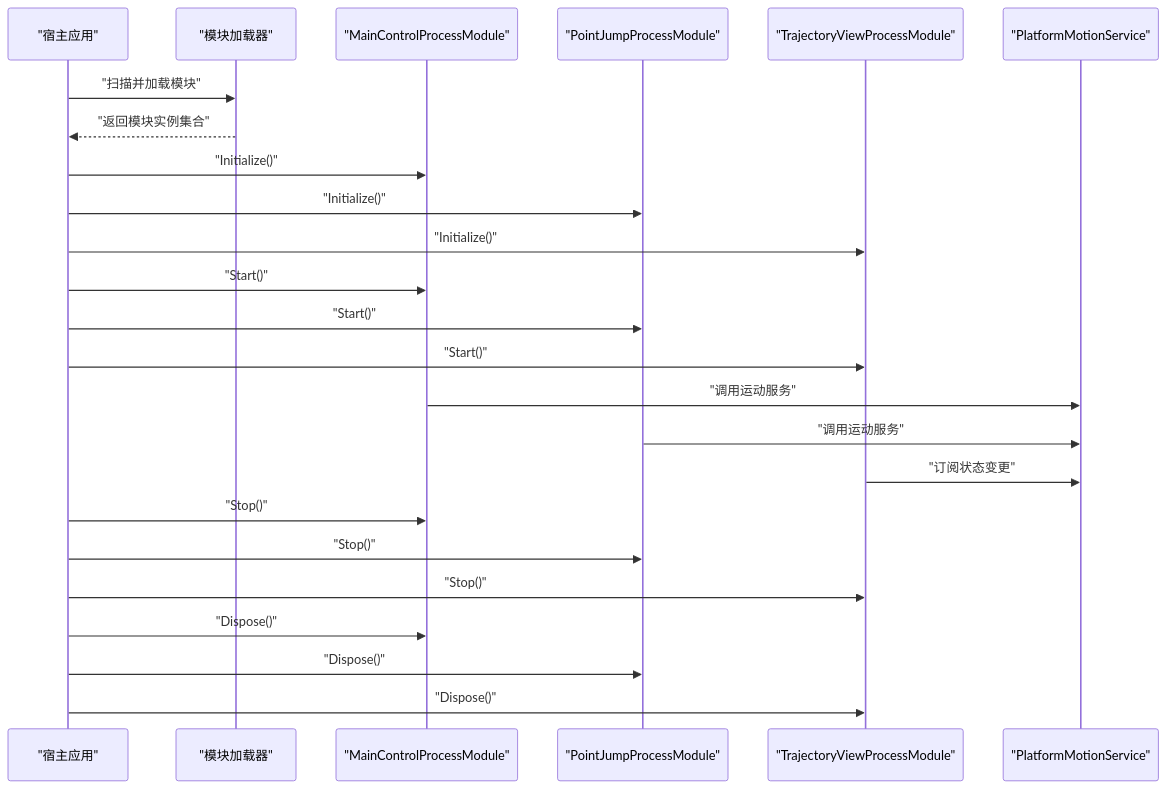
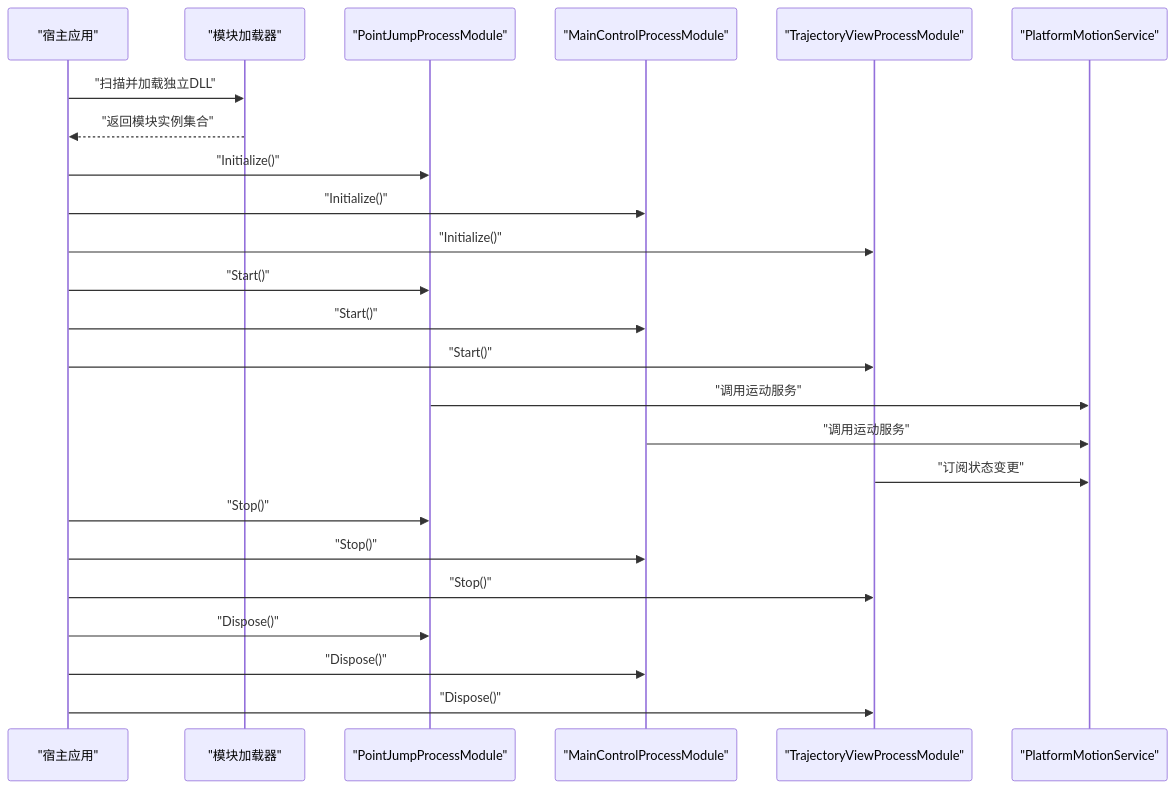
One commit to fuweiq94-cloud/339918076 changed the second of 8 diagrams in .qoder/repowiki/zh/content/架构设计/模块化架构设计.md. Above: the diagram before and after it, drawn with Mermaid. The commit also changed other lines of this file and 203 other files, not shown here.

````diff
--- a/.qoder/repowiki/zh/content/架构设计/模块化架构设计.md
+++ b/.qoder/repowiki/zh/content/架构设计/模块化架构设计.md
@@ -118,26 +132,26 @@
 ```mermaid
 sequenceDiagram
 participant Host as "宿主应用"
 participant Loader as "模块加载器"
-participant ModA as "MainControlProcessModule"
-participant ModB as "PointJumpProcessModule"
-participant ModC as "TrajectoryViewProcessModule"
+participant PJMod as "PointJumpProcessModule"
+participant MCMod as "MainControlProcessModule"
+participant TRMod as "TrajectoryViewProcessModule"
 participant Svc as "PlatformMotionService"
-Host->>Loader : "扫描并加载模块"
+Host->>Loader : "扫描并加载独立DLL"
 Loader-->>Host : "返回模块实例集合"
-Host->>ModA : "Initialize()"
-Host->>ModB : "Initialize()"
-Host->>ModC : "Initialize()"
-Host->>ModA : "Start()"
-Host->>ModB : "Start()"
-Host->>ModC : "Start()"
-ModA->>Svc : "调用运动服务"
-ModB->>Svc : "调用运动服务"
-ModC->>Svc : "订阅状态变更"
-Host->>ModA : "Stop()"
-Host->>ModB : "Stop()"
-Host->>ModC : "Stop()"
-Host->>ModA : "Dispose()"
-Host->>ModB : "Dispose()"
-Host->>ModC : "Dispose()"
+Host->>PJMod : "Initialize()"
+Host->>MCMod : "Initialize()"
+Host->>TRMod : "Initialize()"
+Host->>PJMod : "Start()"
+Host->>MCMod : "Start()"
+Host->>TRMod : "Start()"
+PJMod->>Svc : "调用运动服务"
+MCMod->>Svc : "调用运动服务"
+TRMod->>Svc : "订阅状态变更"
+Host->>PJMod : "Stop()"
+Host->>MCMod : "Stop()"
+Host->>TRMod : "Stop()"
+Host->>PJMod : "Dispose()"
+Host->>MCMod : "Dispose()"
+Host->>TRMod : "Dispose()"
 ```
````
